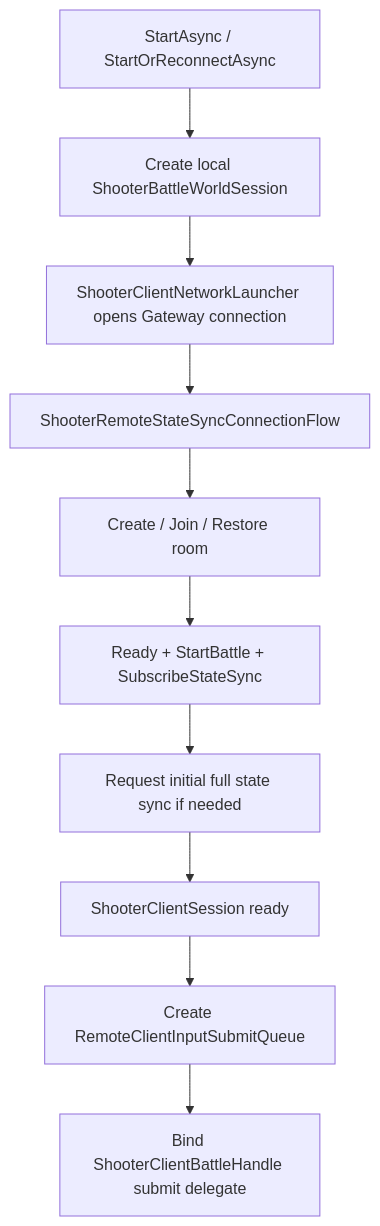
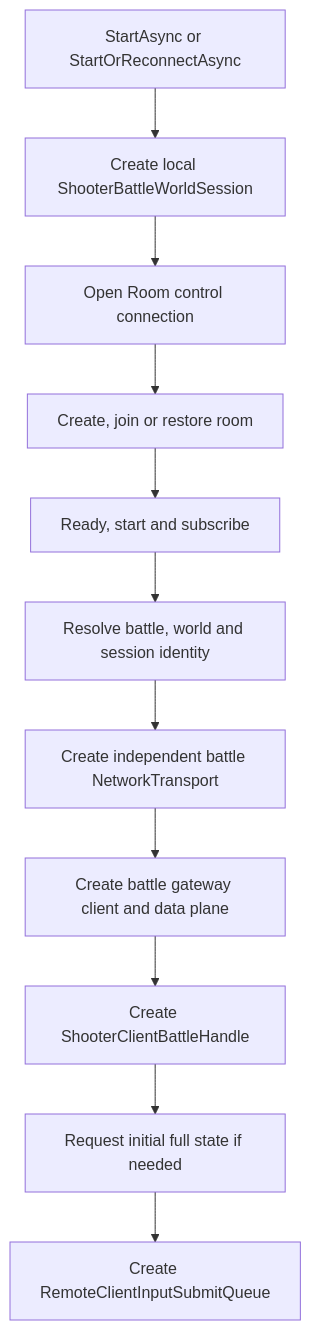
The third of 6 diagrams in Docs/design/09-ImplementationExamples/Shooter/12-LogicLayerFlowSingleAndMultiplayer.md (HOBOBO/AbilityKit), drawn with Mermaid before and after one commit. The commit also changed other lines of this file and 328 other files, not shown here.

````diff
--- a/Docs/design/09-ImplementationExamples/Shooter/12-LogicLayerFlowSingleAndMultiplayer.md
+++ b/Docs/design/09-ImplementationExamples/Shooter/12-LogicLayerFlowSingleAndMultiplayer.md
@@ -130,12 +130,13 @@
 ```mermaid
 flowchart TD
-    A["StartAsync / StartOrReconnectAsync"] --> B["Create local ShooterBattleWorldSession"]
-    B --> C["ShooterClientNetworkLauncher opens Gateway connection"]
-    C --> D["ShooterRemoteStateSyncConnectionFlow"]
-    D --> E["Create / Join / Restore room"]
-    E --> F["Ready + StartBattle + SubscribeStateSync"]
-    F --> G["Request initial full state sync if needed"]
-    G --> H["ShooterClientSession ready"]
-    H --> I["Create RemoteClientInputSubmitQueue"]
-    I --> J["Bind ShooterClientBattleHandle submit delegate"]
+    A["StartAsync or StartOrReconnectAsync"] --> B["Create local ShooterBattleWorldSession"]
+    B --> C["Open Room control connection"]
+    C --> D["Create, join or restore room"]
+    D --> E["Ready, start and subscribe"]
+    E --> F["Resolve battle, world and session identity"]
+    F --> G["Create independent battle NetworkTransport"]
+    G --> H["Create battle gateway client and data plane"]
+    H --> I["Create ShooterClientBattleHandle"]
+    I --> J["Request initial full state if needed"]
+    J --> K["Create RemoteClientInputSubmitQueue"]
 ```
````
